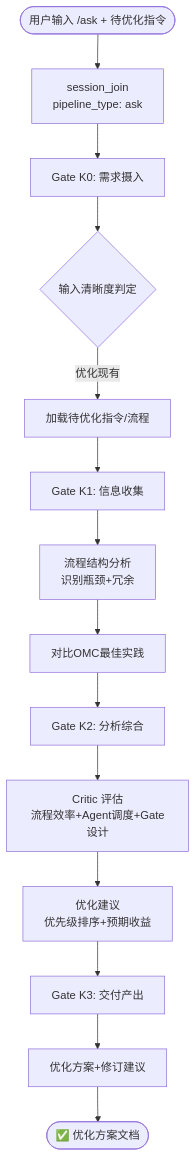
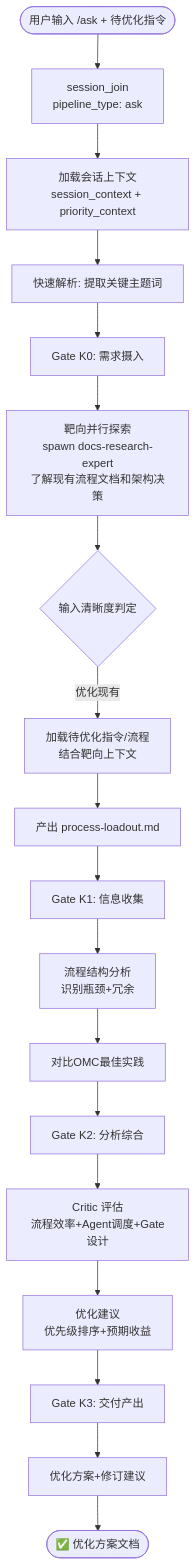
Before and after one commit to Wjl1224734792/Jarvis-Agent-Factory: the fourth of 4 diagrams in docs/flows/ask.md, drawn with Mermaid. The commit also changed other lines of this file and 46 other files, not shown here.

````diff
--- a/docs/flows/ask.md
+++ b/docs/flows/ask.md
@@ -90,16 +102,20 @@
 ```mermaid
 flowchart TD
     START([用户输入 /ask + 待优化指令]) --> JOIN[session_join<br/>pipeline_type: ask]
-    JOIN --> K0[Gate K0: 需求摄入]
-    K0 --> K0D{输入清晰度判定}
-    K0D --> |优化现有| K0L[加载待优化指令/流程]
-    K0L --> K1[Gate K1: 信息收集]
+    JOIN --> CTX[加载会话上下文<br/>session_context + priority_context]
+    CTX --> PARSE[快速解析: 提取关键主题词]
+    PARSE --> K0[Gate K0: 需求摄入]
+    K0 --> K0EXPLORE[靶向并行探索<br/>spawn docs-research-expert<br/>了解现有流程文档和架构决策]
+    K0EXPLORE --> K0D{输入清晰度判定}
+    K0D --> |优化现有| K0L[加载待优化指令/流程<br/>结合靶向上下文]
+    K0L --> K0DOC[产出 process-loadout.md]
+    K0DOC --> K1[Gate K1: 信息收集]
     K1 --> K1A[流程结构分析<br/>识别瓶颈+冗余]
     K1A --> K1B[对比OMC最佳实践]
     K1B --> K2[Gate K2: 分析综合]
     K2 --> K2C[Critic 评估<br/>流程效率+Agent调度+Gate设计]
     K2C --> K2O[优化建议<br/>优先级排序+预期收益]
     K2O --> K3[Gate K3: 交付产出]
     K3 --> K3A[优化方案+修订建议]
     K3A --> DONE([✅ 优化方案文档])
 ```
````
